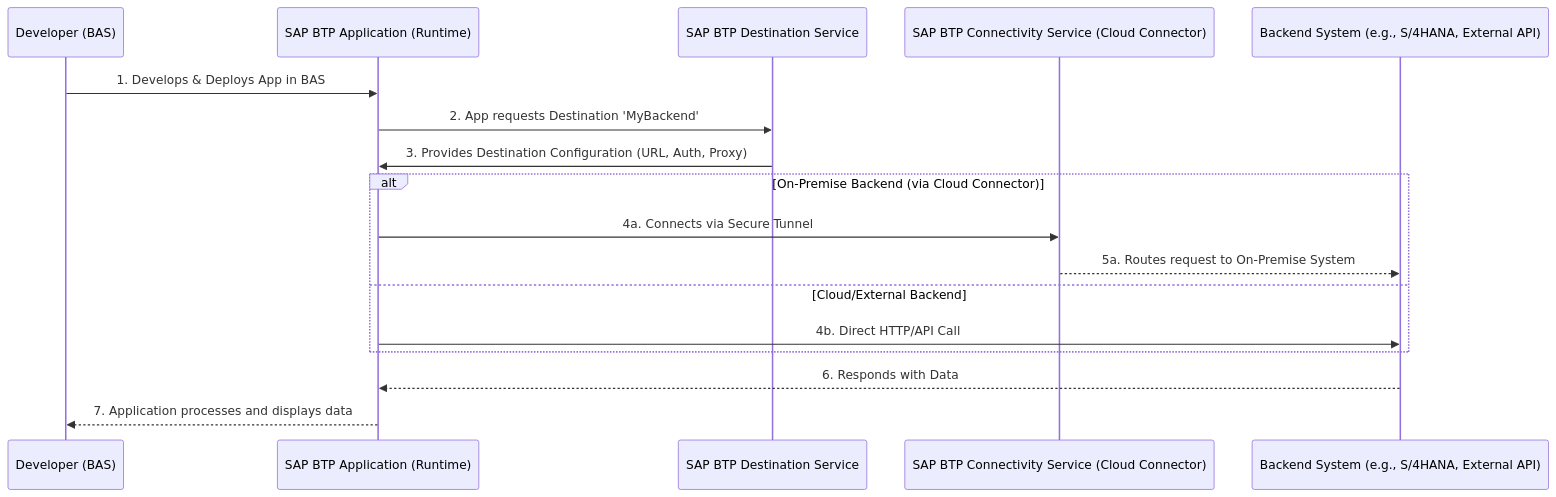
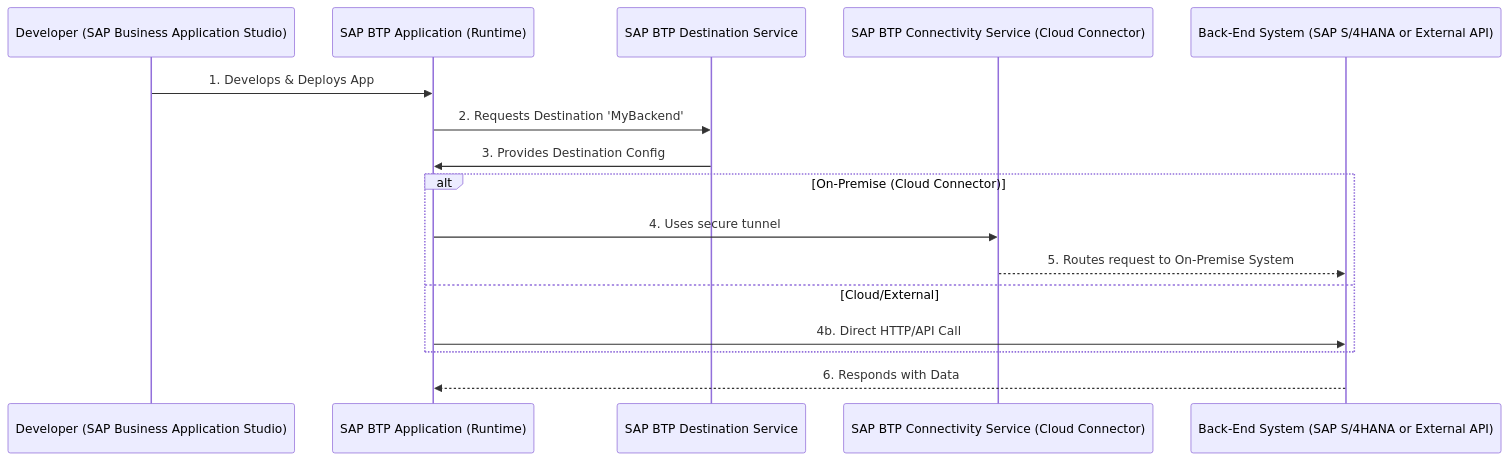
One commit to SAP/open-ux-tools changed the second of 2 diagrams in packages/fiori-docs-embeddings/data_local/fiori-samples.md. Above: the diagram before and after it, drawn with Mermaid. The commit also changed other lines of this file and 4 other files, not shown here.

````diff
--- a/packages/fiori-docs-embeddings/data_local/fiori-samples.md
+++ b/packages/fiori-docs-embeddings/data_local/fiori-samples.md
@@ -3957,22 +4327,21 @@
 ```mermaid
 sequenceDiagram
-   participant Developer as Developer (BAS)
+   participant Developer as Developer (SAP Business Application Studio)
    participant BTPApp as SAP BTP Application (Runtime)
    participant DestinationService as SAP BTP Destination Service
    participant ConnectivityService as SAP BTP Connectivity Service (Cloud Connector)
-   participant BackendSystem as Backend System (e.g., S/4HANA, External API)
+   participant BackendSystem as Back-End System (SAP S/4HANA or External API)
 
-   Developer->>BTPApp: 1. Develops & Deploys App in BAS
-   BTPApp->>DestinationService: 2. App requests Destination 'MyBackend'
-   DestinationService->>BTPApp: 3. Provides Destination Configuration (URL, Auth, Proxy)
+   Developer->>BTPApp: 1. Develops & Deploys App
+   BTPApp->>DestinationService: 2. Requests Destination 'MyBackend'
+   DestinationService->>BTPApp: 3. Provides Destination Config
 
-   alt On-Premise Backend (via Cloud Connector)
-      BTPApp->>ConnectivityService: 4a. Connects via Secure Tunnel
-      ConnectivityService-->>BackendSystem: 5a. Routes request to On-Premise System
-   else Cloud/External Backend
+   alt On-Premise (Cloud Connector)
+      BTPApp->>ConnectivityService: 4. Uses secure tunnel
+      ConnectivityService-->>BackendSystem: 5. Routes request to On-Premise System
+   else Cloud/External
       BTPApp->>BackendSystem: 4b. Direct HTTP/API Call
    end
 
    BackendSystem-->>BTPApp: 6. Responds with Data
-   BTPApp-->>Developer: 7. Application processes and displays data
 ```
````
